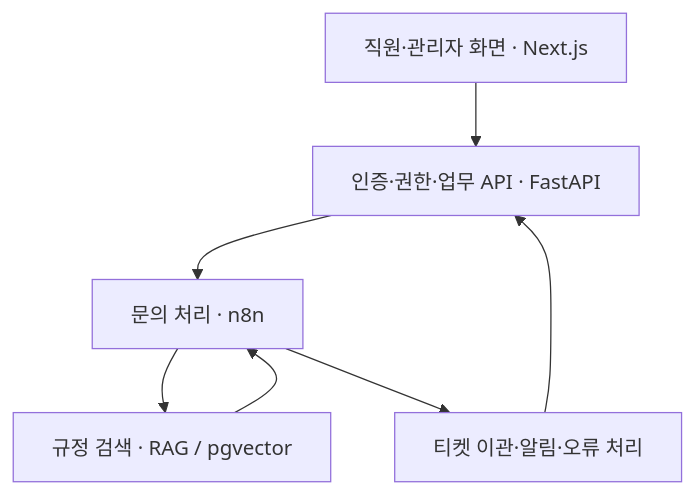
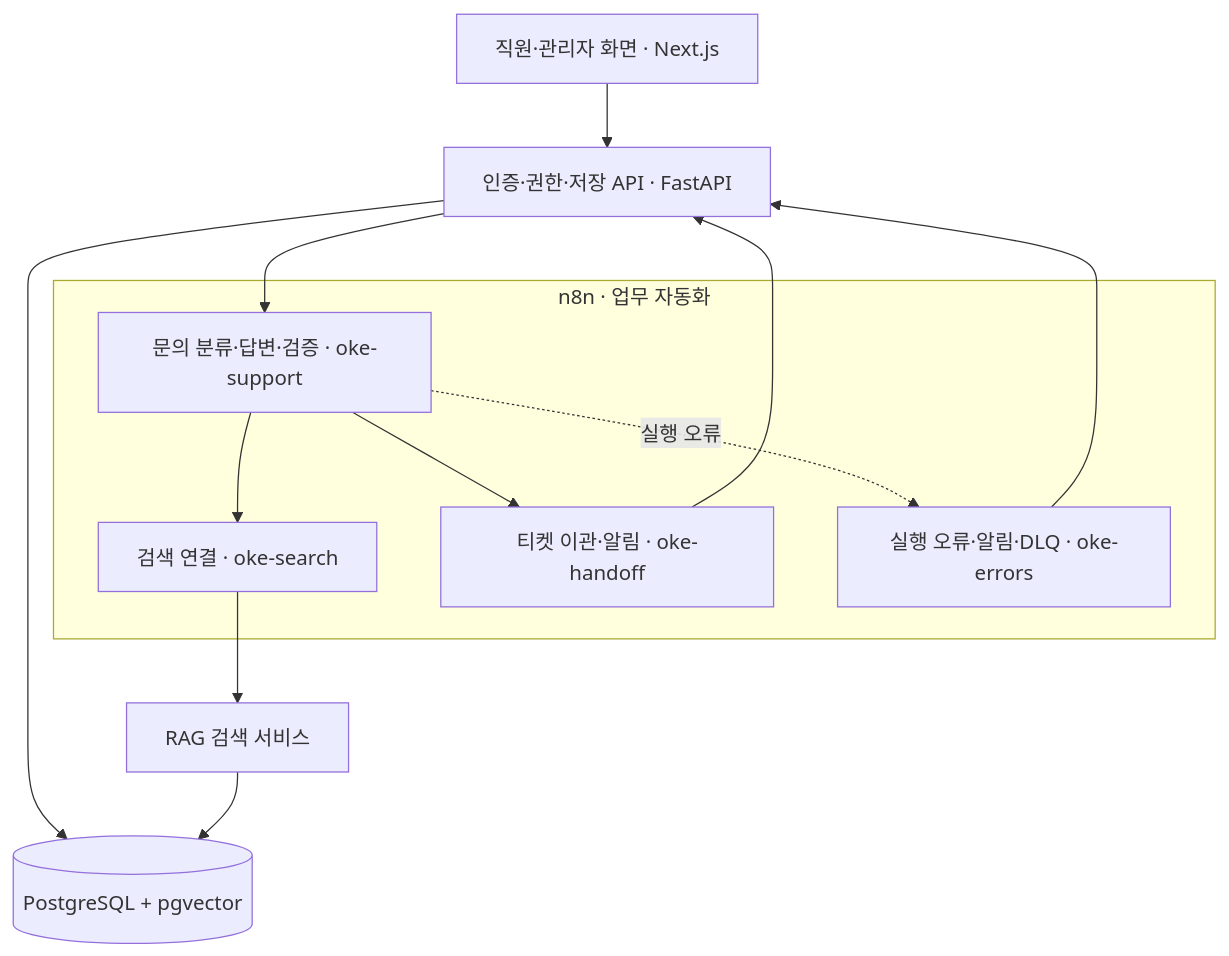
One commit to encore-ai-campus/aio-01-p4-team1 changed the diagram in README.md. Above: the diagram before and after it, drawn with Mermaid. The commit also changed other lines of this file, not shown here.

Commit message:
docs(readme): clarify n8n processing and PostgreSQL storage

````diff
--- a/README.md
+++ b/README.md
@@ -41,9 +41,19 @@
 ```mermaid
 flowchart TD
-    A[직원·관리자 화면 · Next.js] --> B[인증·권한·업무 API · FastAPI]
-    B --> C[문의 처리 · n8n]
-    C --> D[규정 검색 · RAG / pgvector]
-    C --> E[티켓 이관·알림·오류 처리]
-    D --> C
+    A[직원·관리자 화면 · Next.js] --> B[인증·권한·저장 API · FastAPI]
+    subgraph N["n8n · 업무 자동화"]
+        C[문의 분류·답변·검증 · oke-support]
+        S[검색 연결 · oke-search]
+        H[티켓 이관·알림 · oke-handoff]
+        E[실행 오류·알림·DLQ · oke-errors]
+        C --> S
+        C --> H
+        C -. 실행 오류 .-> E
+    end
+    B --> C
+    S --> R[RAG 검색 서비스]
+    H --> B
     E --> B
+    B --> P[(PostgreSQL + pgvector)]
+    R --> P
 ```
````
